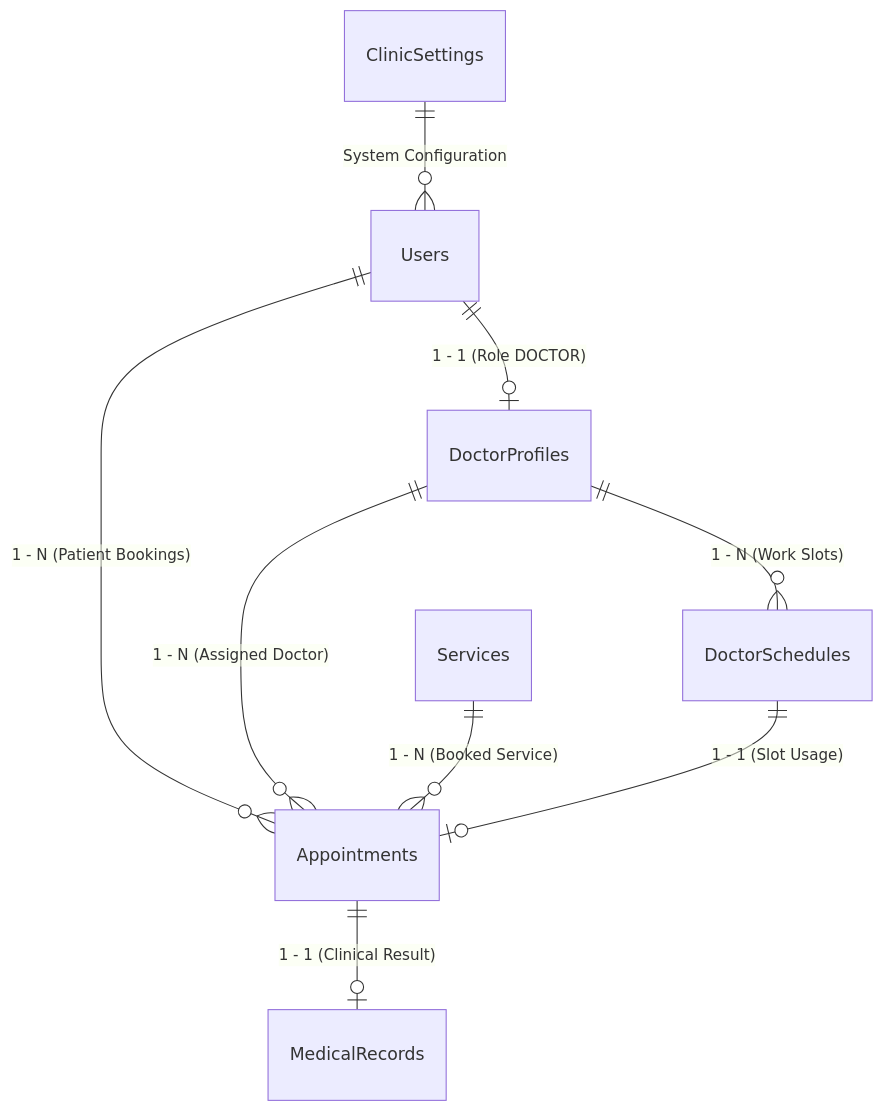
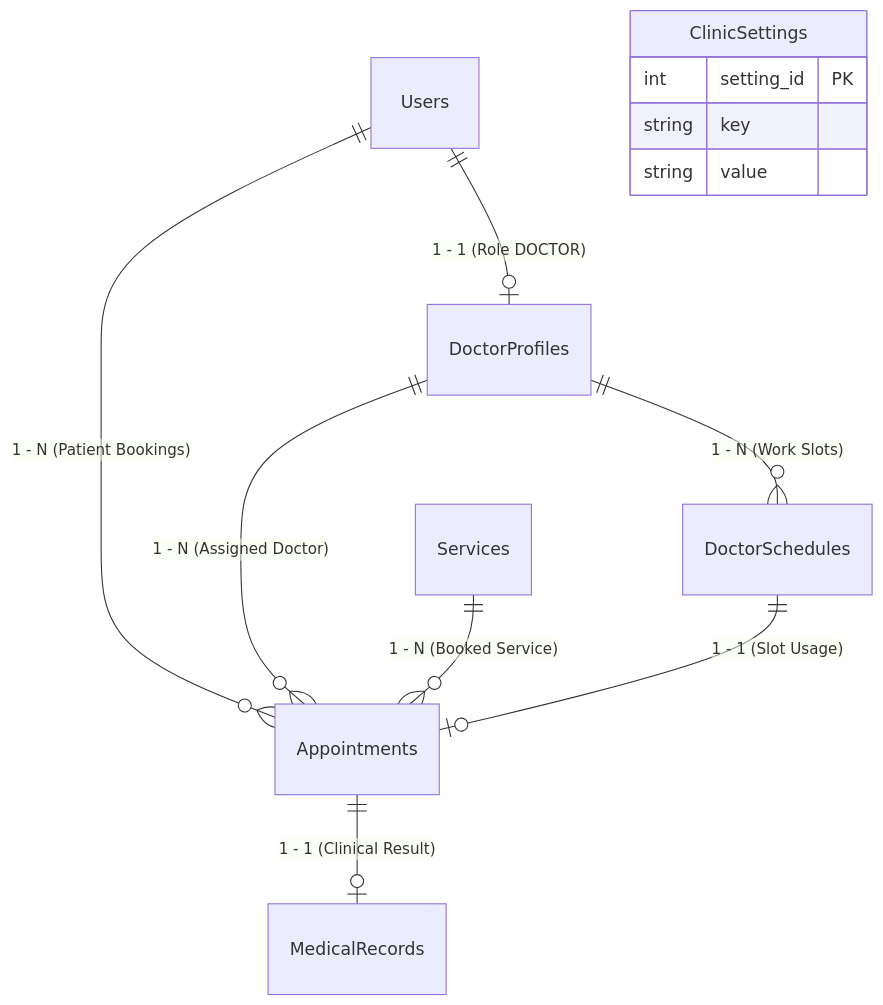
The second of 6 diagrams in Topic_Proposal_PRJ301.md (Duykhobo/PRJ301_Clinic), drawn with Mermaid before and after one commit. The commit also changed other lines of this file and 5 other files, not shown here.

Commit message:
docs: Add Centralized Exception Handling architecture, UI wireframes, and src/java/exception package

````diff
--- a/Topic_Proposal_PRJ301.md
+++ b/Topic_Proposal_PRJ301.md
@@ -91,11 +91,17 @@
 ```mermaid
 erDiagram
     Users ||--o| DoctorProfiles : "1 - 1 (Role DOCTOR)"
     Users ||--o{ Appointments : "1 - N (Patient Bookings)"
     DoctorProfiles ||--o{ DoctorSchedules : "1 - N (Work Slots)"
     DoctorProfiles ||--o{ Appointments : "1 - N (Assigned Doctor)"
     Services ||--o{ Appointments : "1 - N (Booked Service)"
     DoctorSchedules ||--o| Appointments : "1 - 1 (Slot Usage)"
     Appointments ||--o| MedicalRecords : "1 - 1 (Clinical Result)"
-    ClinicSettings ||--o{ Users : "System Configuration"
+
+    %% Bảng cấu hình độc lập, không cần nối dây trực tiếp vào Users để tránh sai thực thể
+    ClinicSettings {
+        int setting_id PK
+        string key
+        string value
+    }
 ```
````
